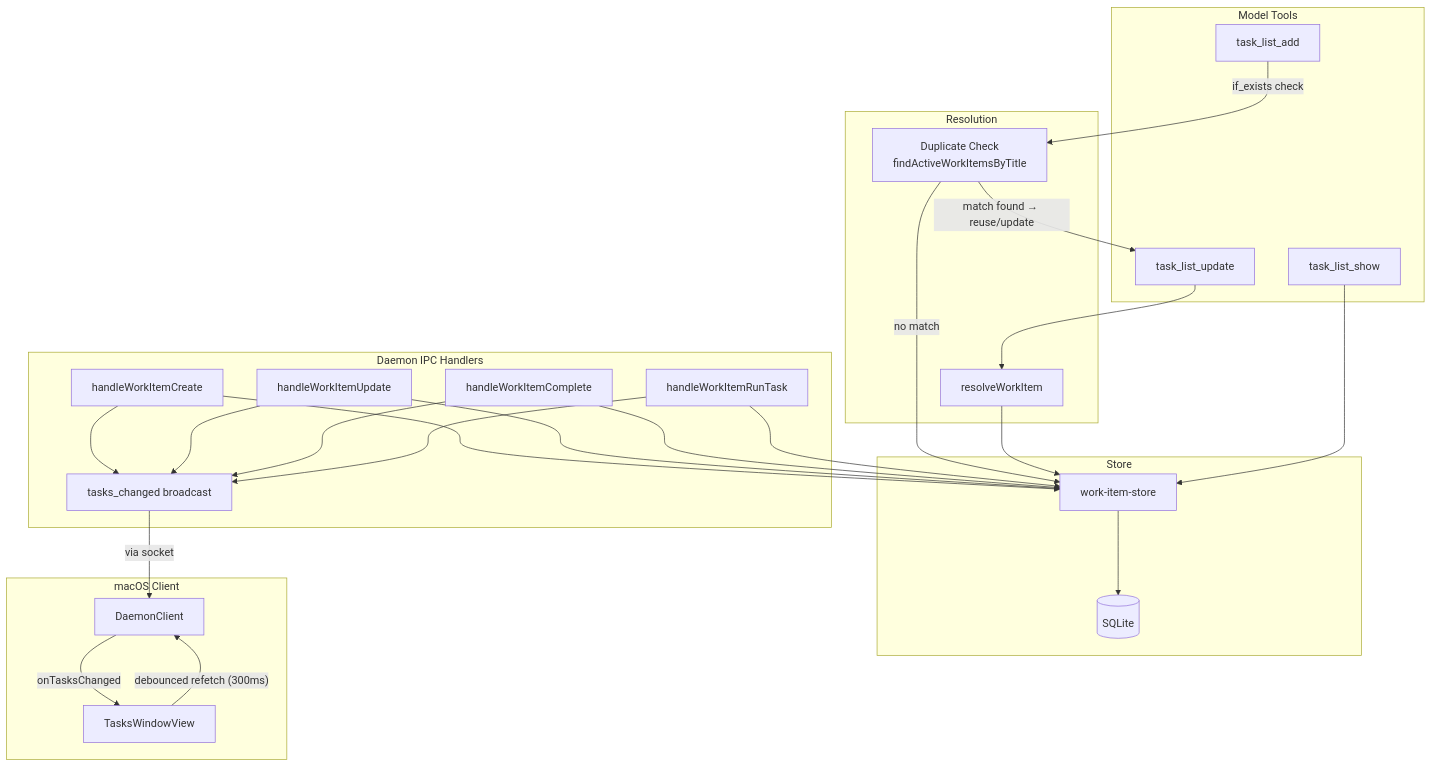
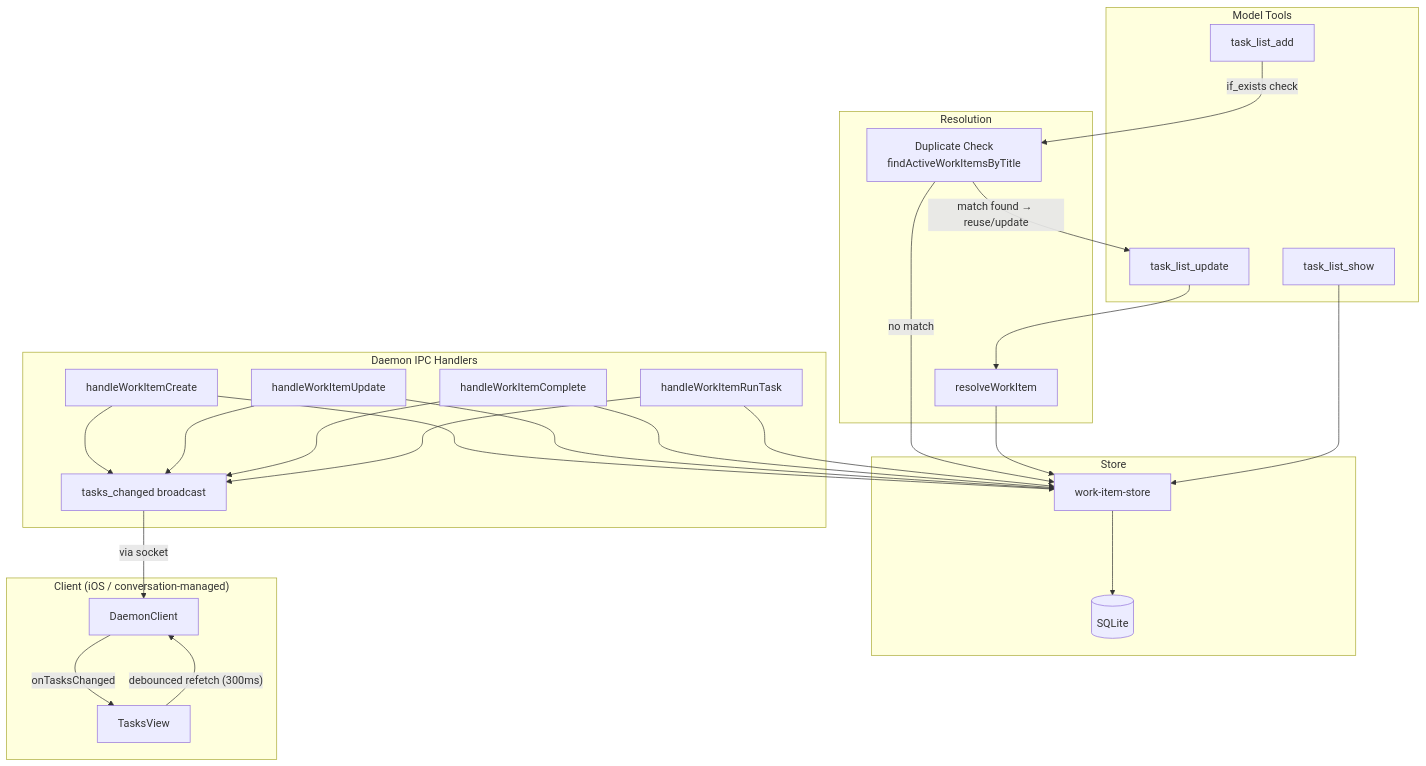
Before and after one commit to vellum-ai/vellum-assistant: the third of 3 diagrams in assistant/docs/architecture/scheduling.md, drawn with Mermaid. The commit also changed other lines of this file and 12 other files, not shown here.

Commit message:
Remove macOS standalone Tasks window

````diff
--- a/assistant/docs/architecture/scheduling.md
+++ b/assistant/docs/architecture/scheduling.md
@@ -243,52 +243,52 @@
 ```mermaid
 flowchart TD
     subgraph "Model Tools"
         TLA[task_list_add]
         TLU[task_list_update]
         TLS[task_list_show]
     end
 
     subgraph "Resolution"
         RWI[resolveWorkItem]
         DUPE[Duplicate Check<br/>findActiveWorkItemsByTitle]
     end
 
     subgraph "Store"
         WIS[work-item-store]
         DB[(SQLite)]
     end
 
     subgraph "Daemon IPC Handlers"
         HC[handleWorkItemCreate]
         HU[handleWorkItemUpdate]
         HCo[handleWorkItemComplete]
         HR[handleWorkItemRunTask]
         BC[tasks_changed broadcast]
     end
 
-    subgraph "macOS Client"
-        TW[TasksWindowView]
+    subgraph "Client (iOS / conversation-managed)"
+        TW[TasksView]
         DC[DaemonClient]
     end
 
     TLA -->|"if_exists check"| DUPE
     DUPE -->|"no match"| WIS
     DUPE -->|"match found → reuse/update"| TLU
     TLU --> RWI
     RWI --> WIS
     TLS --> WIS
     WIS --> DB
 
     HC --> WIS
     HU --> WIS
     HCo --> WIS
     HR --> WIS
     HC --> BC
     HU --> BC
     HCo --> BC
     HR --> BC
 
     BC -->|"via socket"| DC
     DC -->|"onTasksChanged"| TW
     TW -->|"debounced refetch (300ms)"| DC
 ```
````
